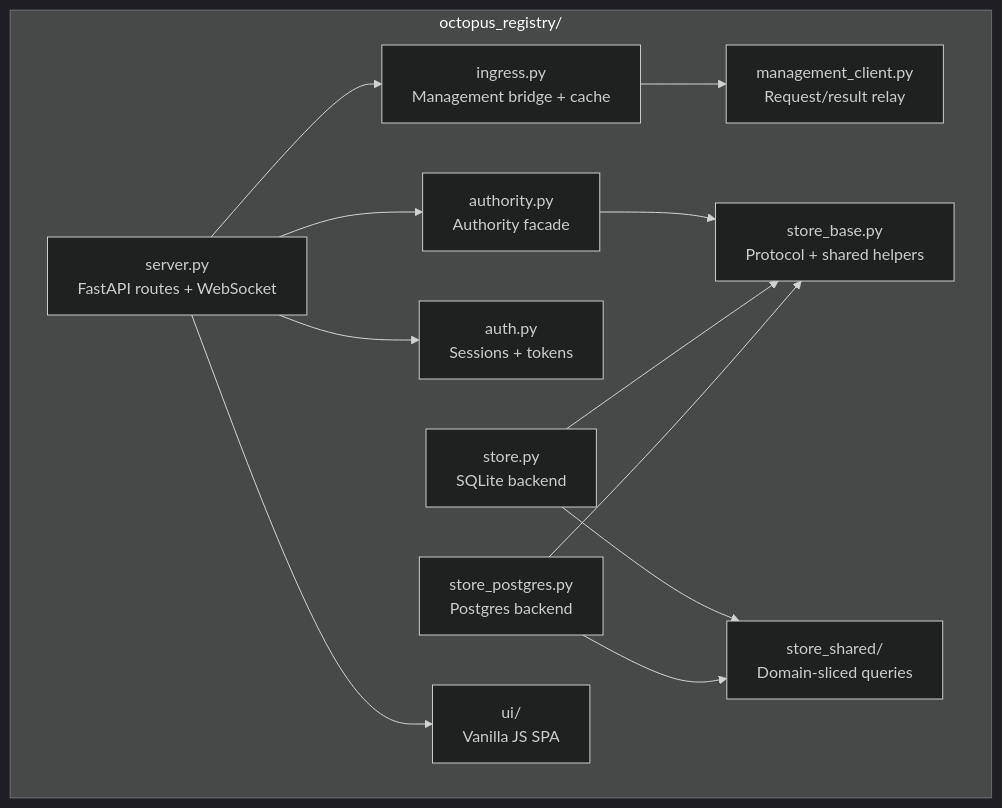
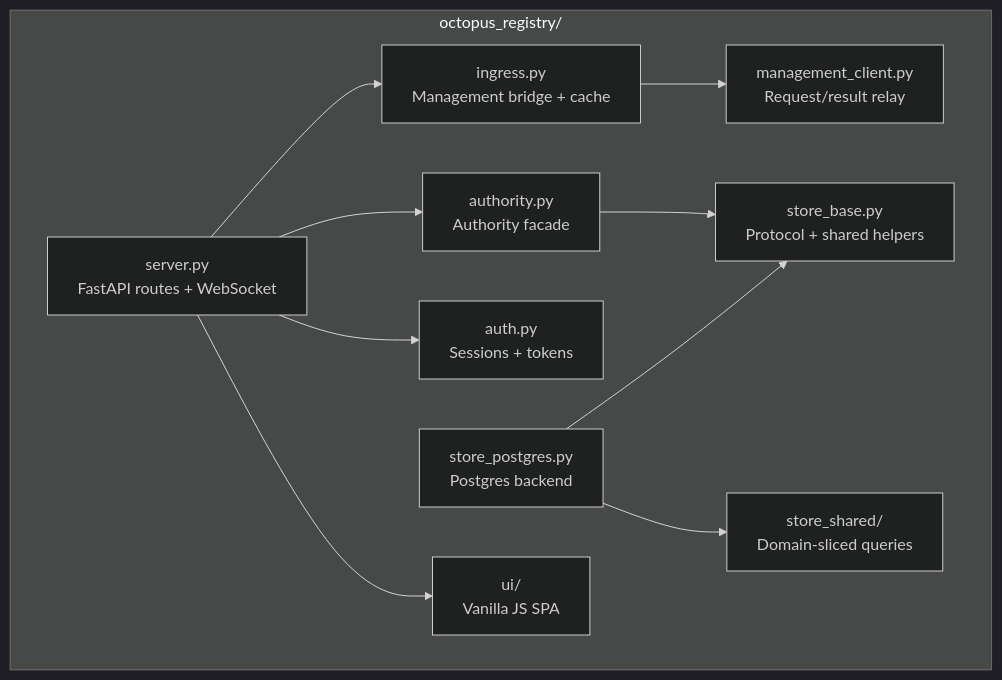
The second of 10 diagrams in ARCHITECTURE.md (privacynow/octopus), drawn with Mermaid (dark theme) before and after one commit. The commit also changed other lines of this file and 83 other files, not shown here.

````diff
--- a/ARCHITECTURE.md
+++ b/ARCHITECTURE.md
@@ -61,26 +61,23 @@
 ```mermaid
 flowchart TB
     subgraph registry ["octopus_registry/"]
         server["server.py<br/>FastAPI routes + WebSocket"]
         ingress["ingress.py<br/>Management bridge + cache"]
         mgmt_client["management_client.py<br/>Request/result relay"]
         auth["auth.py<br/>Sessions + tokens"]
         authority["authority.py<br/>Authority facade"]
         store_base["store_base.py<br/>Protocol + shared helpers"]
         store_shared["store_shared/<br/>Domain-sliced queries"]
-        store_sqlite["store.py<br/>SQLite backend"]
         store_pg["store_postgres.py<br/>Postgres backend"]
         ui["ui/<br/>Vanilla JS SPA"]
     end
 
     server --> ingress
     server --> authority
     server --> auth
     ingress --> mgmt_client
     authority --> store_base
-    store_sqlite --> store_base
     store_pg --> store_base
-    store_sqlite --> store_shared
     store_pg --> store_shared
     server --> ui
 ```
````
